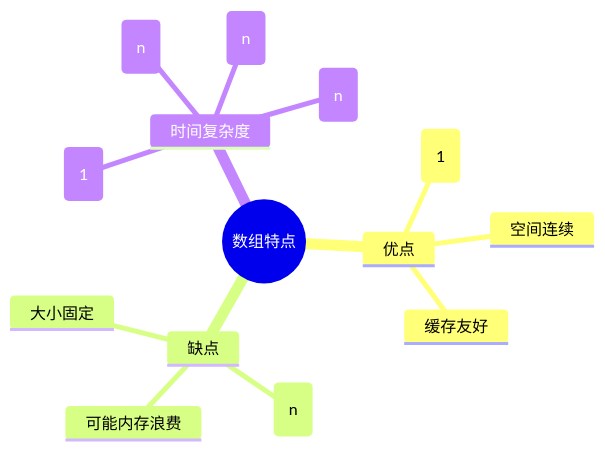
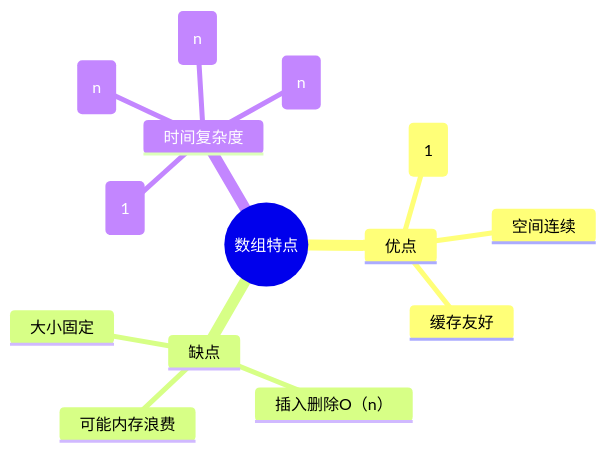
One commit to mlbo/cpp_learning changed the second of 12 diagrams in week_01/day_02/README.md. Above: the diagram before and after it, drawn with Mermaid. The commit also changed other lines of this file and 19 other files, not shown here.

````diff
--- a/week_01/day_02/README.md
+++ b/week_01/day_02/README.md
@@ -37,17 +37,17 @@
 ```mermaid
 mindmap
   root((数组特点))
     优点
       随机访问O(1)
       空间连续
       缓存友好
     缺点
       大小固定
-      插入删除O(n)
+      插入删除O（n）
       可能内存浪费
     时间复杂度
       访问: O(1)
       搜索: O(n)
       插入: O(n)
       删除: O(n)
 ```
````
